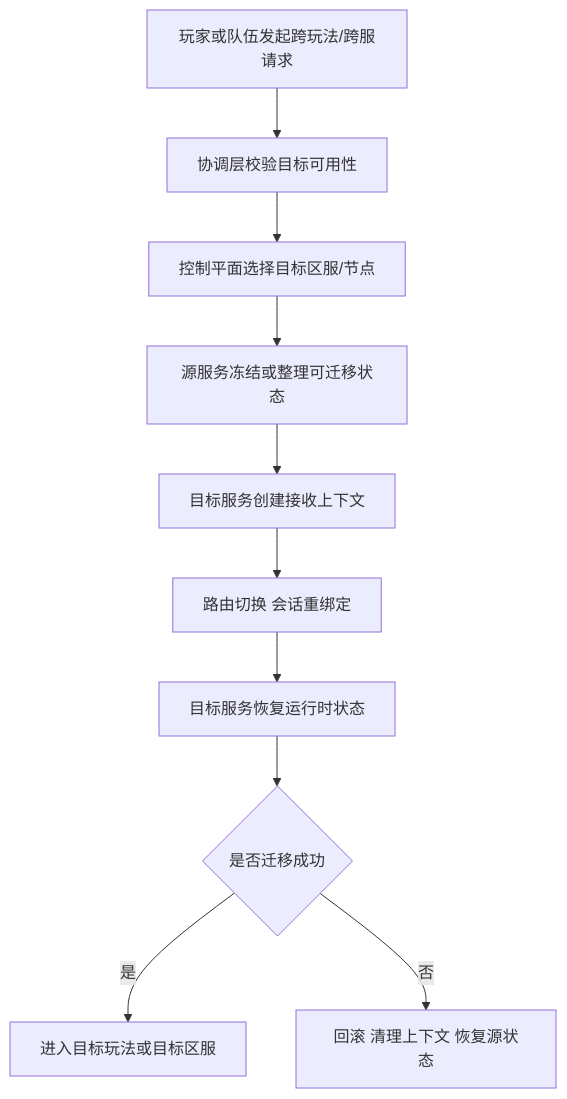
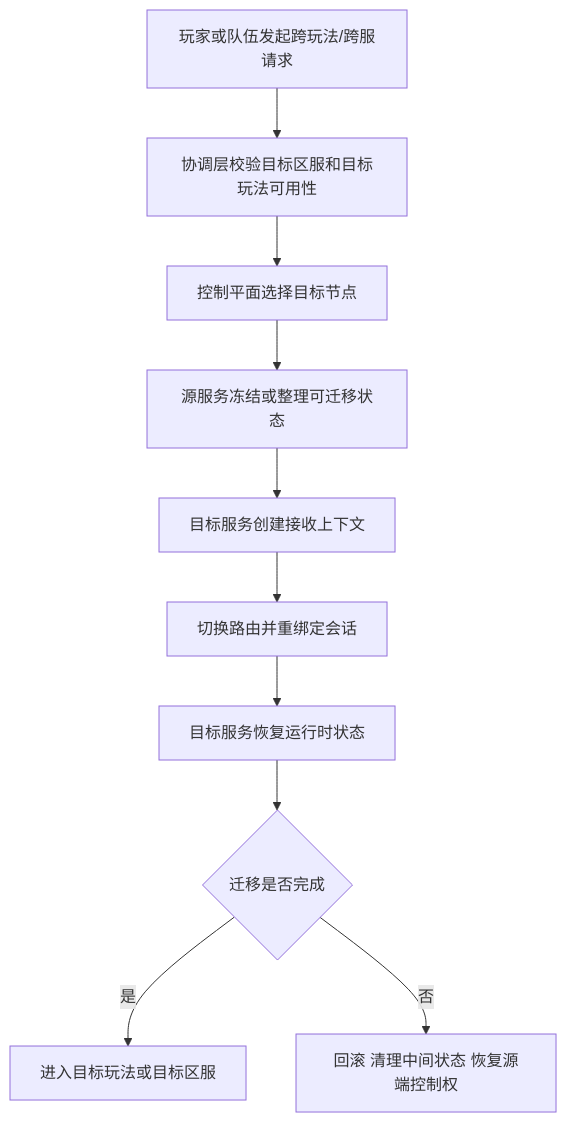
Before and after one commit to cuihairu/hello-game: the diagram in src/06-services-control-plane/03.md, drawn with Mermaid. The commit also changed other lines of this file and 72 other files, not shown here.

Commit message:
docs: rewrite core architecture chapters

````diff
--- a/src/06-services-control-plane/03.md
+++ b/src/06-services-control-plane/03.md
@@ -82,12 +77,12 @@
 ```mermaid
 flowchart TD
-    A[玩家或队伍发起跨玩法/跨服请求] --> B[协调层校验目标可用性]
-    B --> C[控制平面选择目标区服/节点]
+    A[玩家或队伍发起跨玩法/跨服请求] --> B[协调层校验目标区服和目标玩法可用性]
+    B --> C[控制平面选择目标节点]
     C --> D[源服务冻结或整理可迁移状态]
     D --> E[目标服务创建接收上下文]
-    E --> F[路由切换 会话重绑定]
+    E --> F[切换路由并重绑定会话]
     F --> G[目标服务恢复运行时状态]
-    G --> H{是否迁移成功}
+    G --> H{迁移是否完成}
     H -->|是| I[进入目标玩法或目标区服]
-    H -->|否| J[回滚 清理上下文 恢复源状态]
+    H -->|否| J[回滚 清理中间状态 恢复源端控制权]
 ```
````
